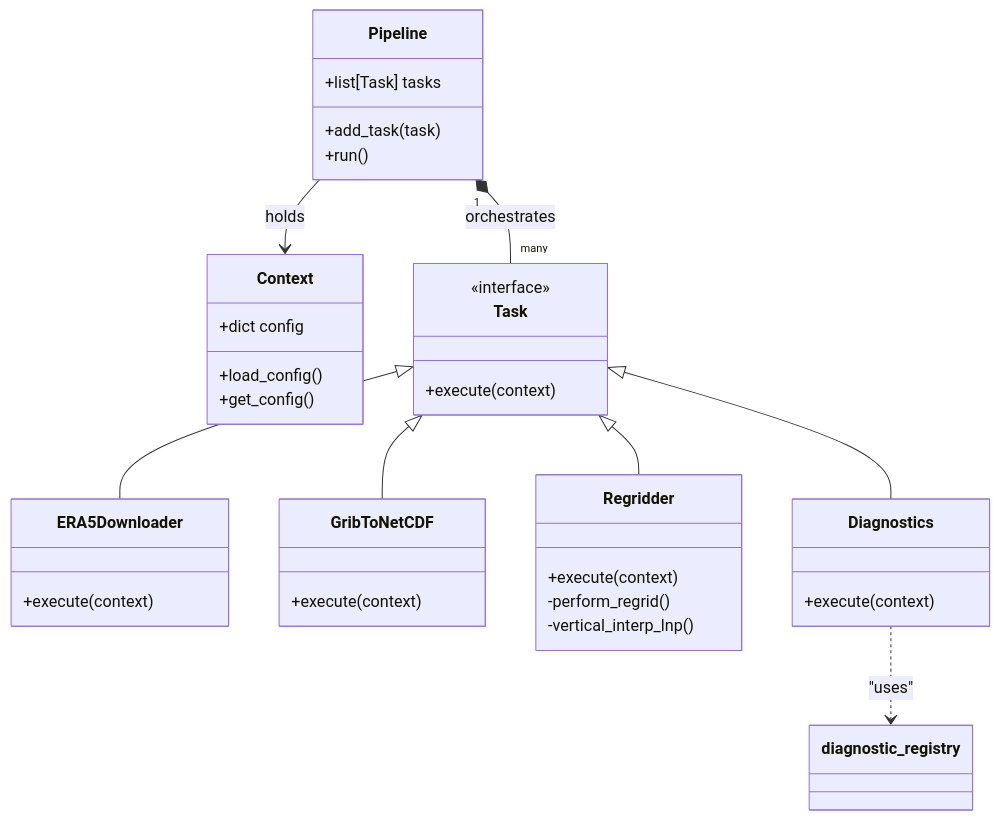
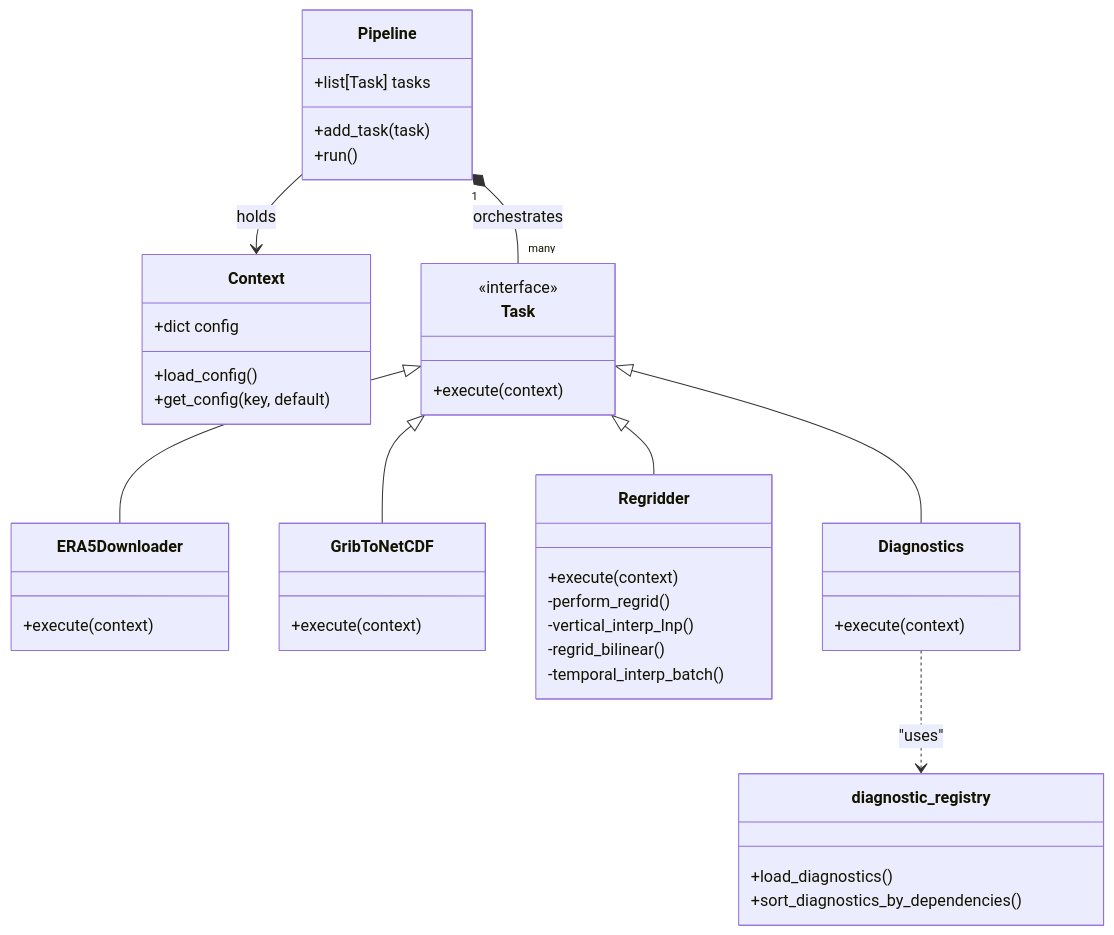
One commit to YaoChuDoSomething/DLAMP.data changed the second of 2 diagrams in oop_structure_doc.md. Above: the diagram before and after it, drawn with Mermaid. The commit also changed 1 other file, not shown here.

Commit message:
docs: complete class methods in diagrams

````diff
--- a/oop_structure_doc.md
+++ b/oop_structure_doc.md
@@ -90,40 +90,45 @@
 ```mermaid
 classDiagram
     class Context {
         +dict config
         +load_config()
-        +get_config()
+        +get_config(key, default)
     }
     class Task {
         <<interface>>
         +execute(context)
     }
     class Pipeline {
         +list[Task] tasks
         +add_task(task)
         +run()
     }
     class ERA5Downloader {
         +execute(context)
     }
     class GribToNetCDF {
         +execute(context)
     }
     class Regridder {
         +execute(context)
         -perform_regrid()
         -vertical_interp_lnp()
+        -regrid_bilinear()
+        -temporal_interp_batch()
     }
     class Diagnostics {
         +execute(context)
     }
-    class diagnostic_registry
+    class diagnostic_registry {
+        +load_diagnostics()
+        +sort_diagnostics_by_dependencies()
+    }
 
     Pipeline --> Context : holds
     Pipeline "1" *-- "many" Task : orchestrates
     Task <|-- ERA5Downloader
     Task <|-- GribToNetCDF
     Task <|-- Regridder
     Task <|-- Diagnostics
     Diagnostics ..> diagnostic_registry : "uses"
 ```
````
